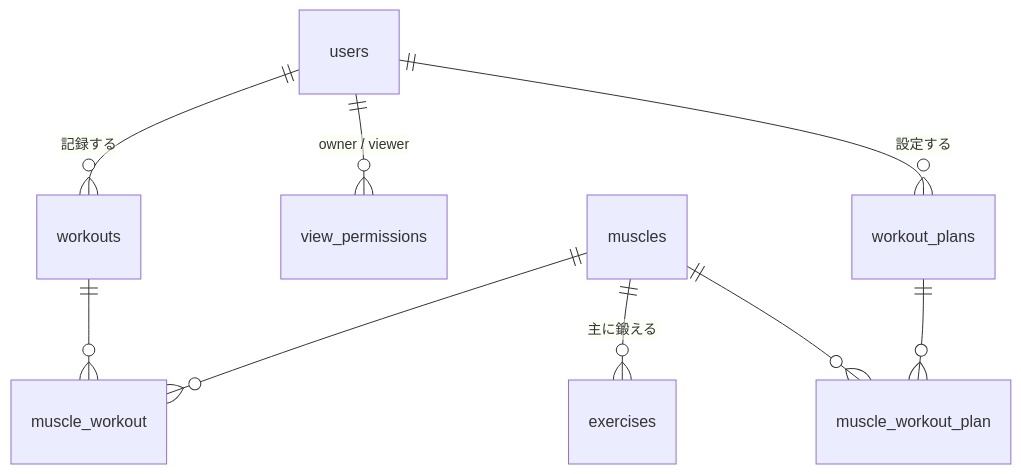
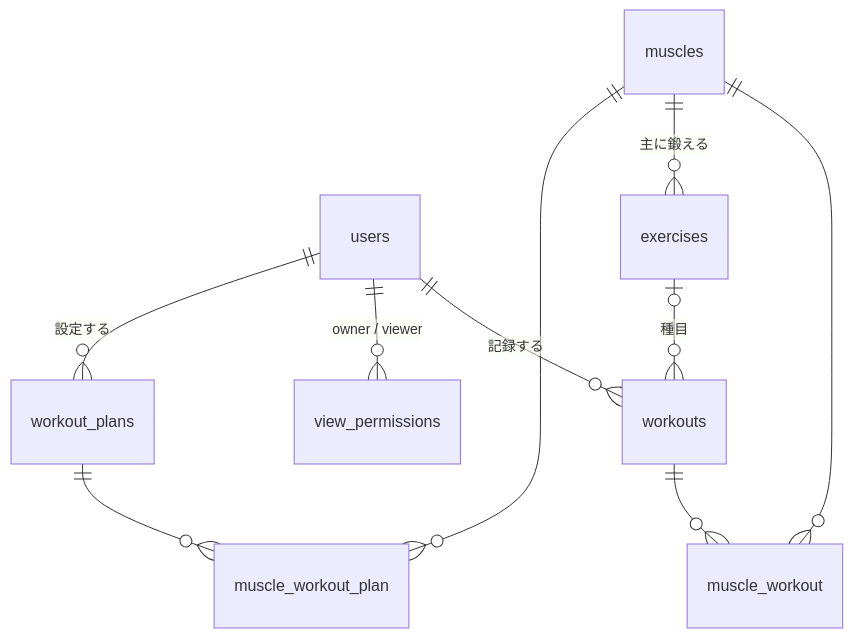
One commit to yosshi-0999/Kintore_now changed the diagram in docs/database-design.md. Above: the diagram before and after it, drawn with Mermaid. The commit also changed other lines of this file and 12 other files, not shown here.

````diff
--- a/docs/database-design.md
+++ b/docs/database-design.md
@@ -83,11 +84,12 @@
 ```mermaid
 erDiagram
     users ||--o{ workouts : "記録する"
     users ||--o{ view_permissions : "owner / viewer"
     workouts ||--o{ muscle_workout : ""
     muscles ||--o{ muscle_workout : ""
     muscles ||--o{ exercises : "主に鍛える"
+    exercises |o--o{ workouts : "種目"
     users ||--o{ workout_plans : "設定する"
     workout_plans ||--o{ muscle_workout_plan : ""
     muscles ||--o{ muscle_workout_plan : ""
 ```
````
